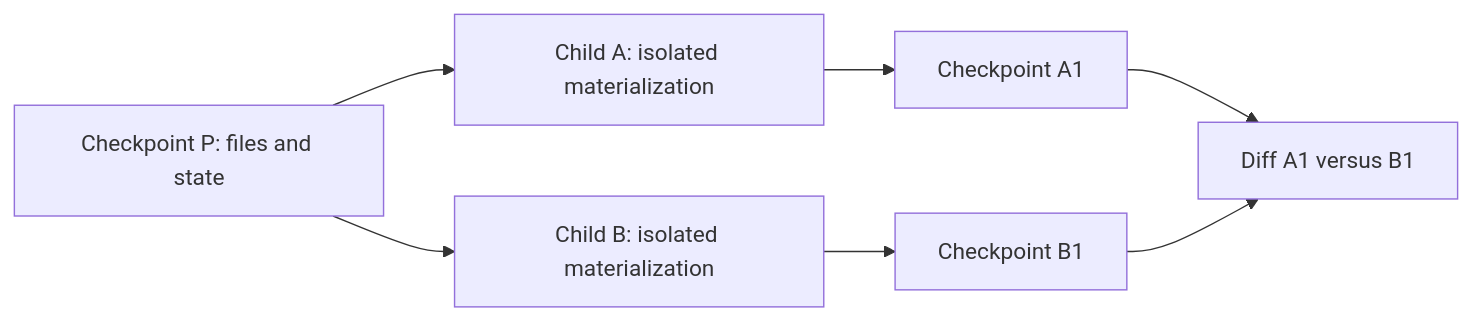
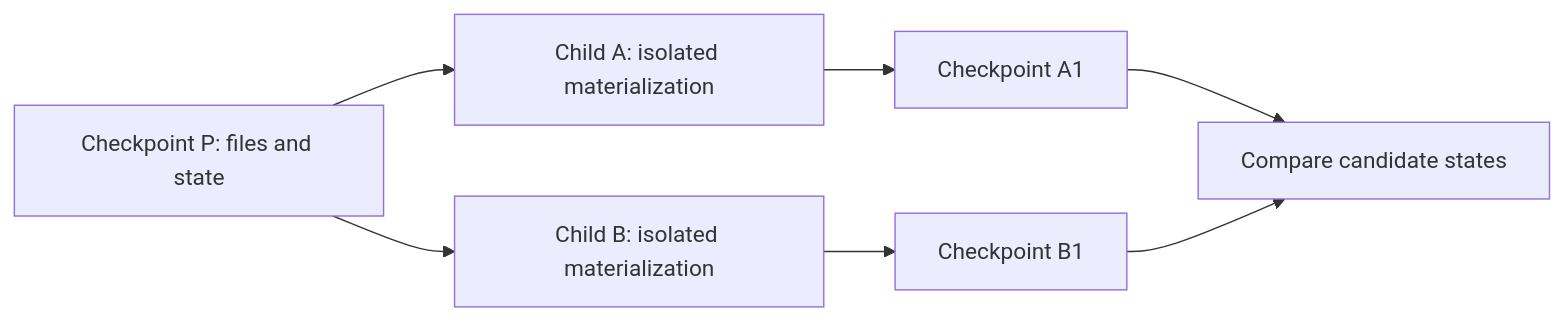
The second of 3 diagrams in work/sft/task-graph.md (haowjy/writing-assistant), drawn with Mermaid before and after one commit. The commit also changed other lines of this file, not shown here.

Commit message:
docs(work): align task-graph design with rollout core

````diff
--- a/work/sft/task-graph.md
+++ b/work/sft/task-graph.md
@@ -482,9 +488,9 @@
 ```mermaid
 flowchart LR
     P["Checkpoint P: files and state"] --> A["Child A: isolated materialization"]
     P --> B["Child B: isolated materialization"]
     A --> A1["Checkpoint A1"]
     B --> B1["Checkpoint B1"]
-    A1 --> D["Diff A1 versus B1"]
+    A1 --> D["Compare candidate states"]
     B1 --> D
 ```
````
